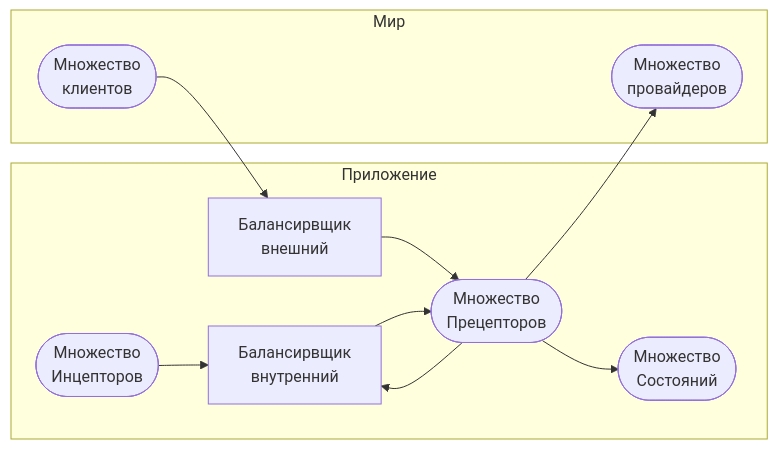
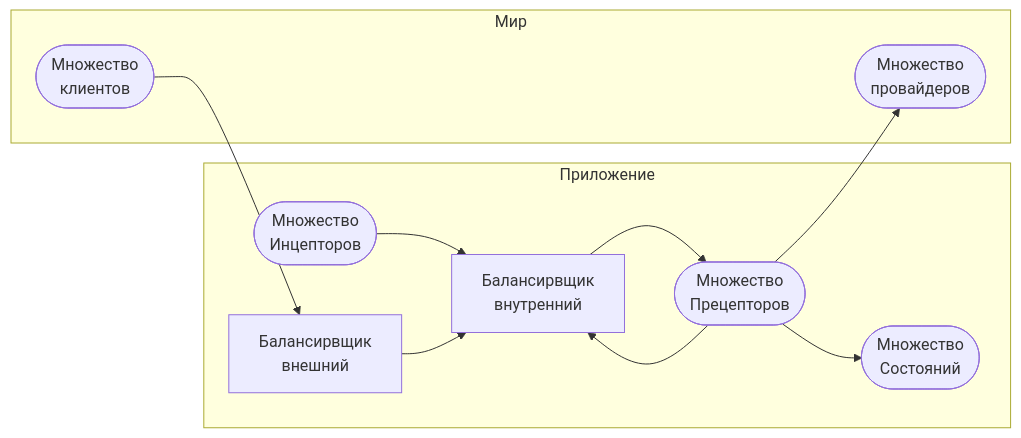
The fourth of 4 diagrams in ru/msasie.md (johnthesmith/scraps), drawn with Mermaid before and after one commit. The commit also changed other lines of this file, not shown here.

````diff
--- a/ru/msasie.md
+++ b/ru/msasie.md
@@ -107,24 +107,24 @@
 ```mermaid
 flowchart LR
 
 subgraph Приложение
     balancer_inner[ Балансирвщик <br> внутренний ]
     balancer_outer[ Балансирвщик  <br> внешний ]
     preceptor([Множество<br>Прецепторов])
     inceptor([Множество<br>Инцепторов])
     state([Множество<br>Состояний])   
 end
 
 subgraph Мир
     client([Множество<br>клиентов])   
     provider([Множество<br>провайдеров])   
 end
 
 client --> balancer_outer
 inceptor --> balancer_inner
-balancer_outer --> preceptor
+balancer_outer --> balancer_inner
 balancer_inner --> preceptor
 preceptor --> balancer_inner
 preceptor --> state
 preceptor --> provider
 ```
````
